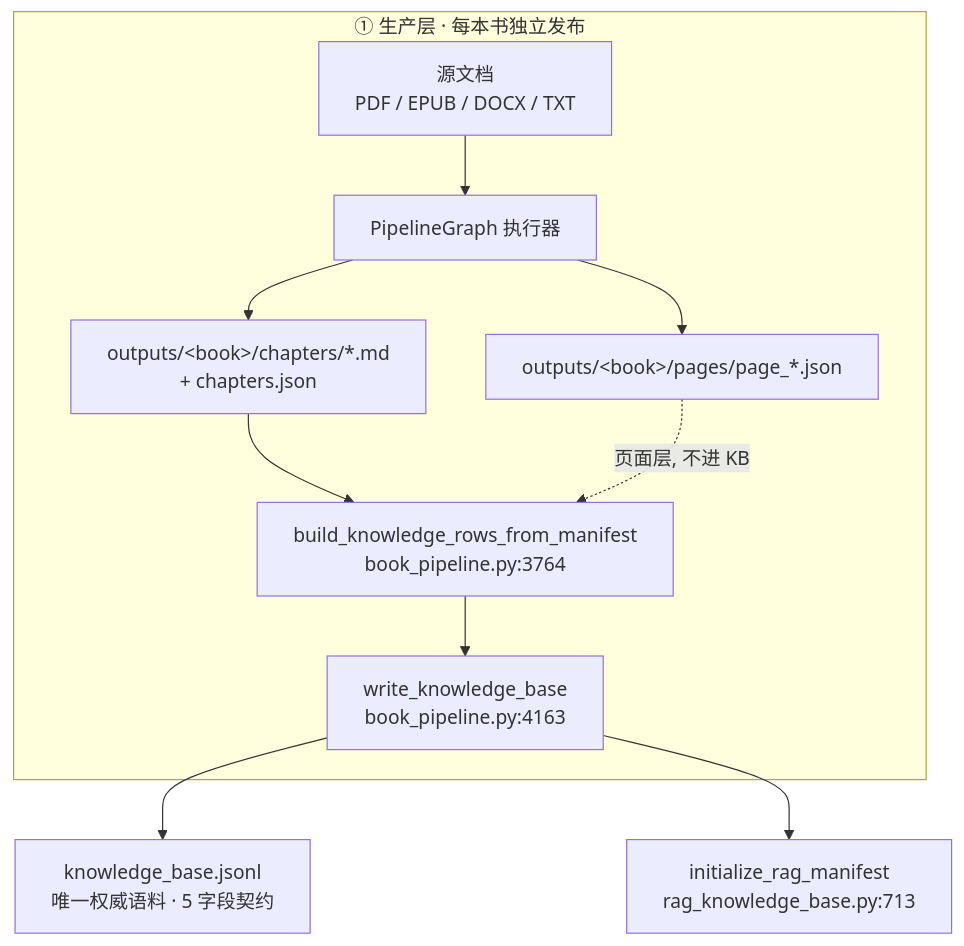
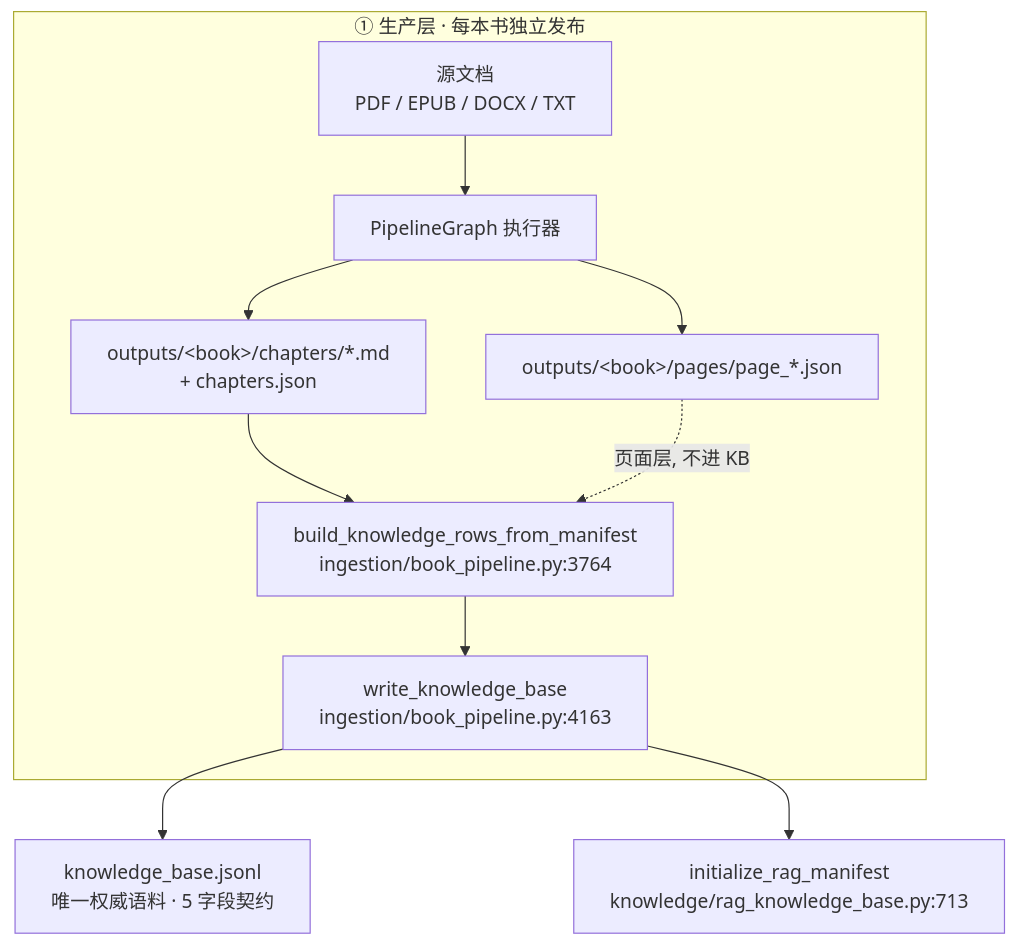
One commit to 693623649-border/translation-agent changed the first of 6 diagrams in docs/global-knowledge-base-dataflow.md. Above: the diagram before and after it, drawn with Mermaid. The commit also changed other lines of this file and 210 other files, not shown here.

````diff
--- a/docs/global-knowledge-base-dataflow.md
+++ b/docs/global-knowledge-base-dataflow.md
@@ -15,15 +15,15 @@
 ```mermaid
 flowchart TB
     subgraph P["① 生产层 · 每本书独立发布"]
         SRC["源文档<br/>PDF / EPUB / DOCX / TXT"]
         SRC --> DAG["PipelineGraph 执行器"]
         DAG --> CH["outputs/&lt;book&gt;/chapters/*.md<br/>+ chapters.json"]
         DAG --> PG["outputs/&lt;book&gt;/pages/page_*.json"]
-        CH --> BKR["build_knowledge_rows_from_manifest<br/>book_pipeline.py:3764"]
+        CH --> BKR["build_knowledge_rows_from_manifest<br/>ingestion/book_pipeline.py:3764"]
         PG -.->|页面层, 不进 KB| BKR
-        BKR --> WKB["write_knowledge_base<br/>book_pipeline.py:4163"]
+        BKR --> WKB["write_knowledge_base<br/>ingestion/book_pipeline.py:4163"]
     end
 
     WKB --> KBJ["knowledge_base.jsonl<br/>唯一权威语料 · 5 字段契约"]
-    WKB --> INIT["initialize_rag_manifest<br/>rag_knowledge_base.py:713"]
+    WKB --> INIT["initialize_rag_manifest<br/>knowledge/rag_knowledge_base.py:713"]
 ```
````
